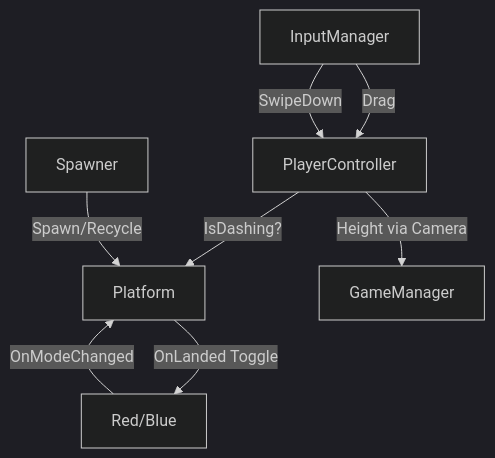
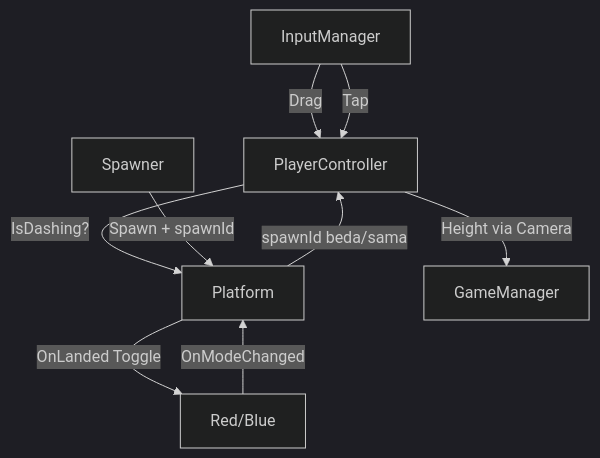
One commit to ramasii/Game-Development changed the diagram in Projects/Pair Jump/TDD - Pair Jump.md. Above: the diagram before and after it, drawn with Mermaid (dark theme). The commit also changed other lines of this file, not shown here.

````diff
--- a/Projects/Pair Jump/TDD - Pair Jump.md
+++ b/Projects/Pair Jump/TDD - Pair Jump.md
@@ -142,10 +145,11 @@
 ```mermaid
 graph TD
   InputManager -->|Drag| PlayerController
-  InputManager -->|SwipeDown| PlayerController
+  InputManager -->|Tap| PlayerController
   PlayerController -->|IsDashing?| Platform
   Platform -->|OnLanded Toggle| PlayerModeFSM[Red/Blue]
   PlayerModeFSM -->|OnModeChanged| Platform
   PlayerController -->|Height via Camera| GameManager
-  Spawner -->|Spawn/Recycle| Platform
+  Spawner -->|Spawn + spawnId| Platform
+  Platform -->|spawnId beda/sama| PlayerController
 ```
````
